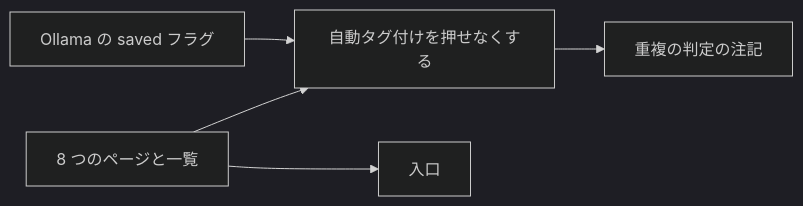
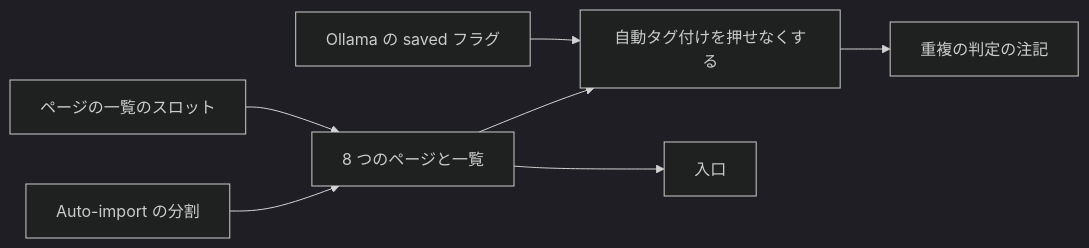
One commit to syudead/vv changed the second of 2 diagrams in translations/ja/specs/058-settings-pages/plan.md. Above: the diagram before and after it, drawn with Mermaid (dark theme). The commit also changed other lines of this file and 5 other files, not shown here.

````diff
--- a/translations/ja/specs/058-settings-pages/plan.md
+++ b/translations/ja/specs/058-settings-pages/plan.md
@@ -106,7 +107,9 @@
 ```mermaid
 flowchart LR
   saved[Ollama の saved フラグ] --> lock[自動タグ付けを押せなくする]
-  pages[8 つのページと一覧] --> entries[入口]
+  slot[ページの一覧のスロット] --> pages[8 つのページと一覧]
+  split[Auto-import の分割] --> pages
+  pages --> entries[入口]
   pages --> lock
   lock --> note[重複の判定の注記]
 ```
````
